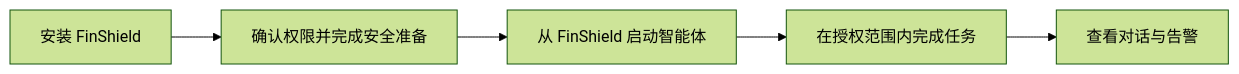
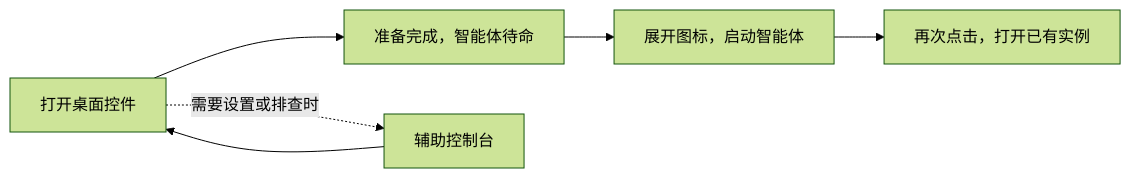
The diagram in docs/WINDOWS-GUIDE-zh.md (finogeeks/finsafe), drawn with Mermaid (forest theme) before and after one commit. The commit also changed other lines of this file and 18 other files, not shown here.

````diff
--- a/docs/WINDOWS-GUIDE-zh.md
+++ b/docs/WINDOWS-GUIDE-zh.md
@@ -66,7 +29,8 @@
 ```mermaid
 flowchart LR
-    A[安装 FinShield] --> B[确认权限并完成安全准备]
-    B --> C[从 FinShield 启动智能体]
-    C --> D[在授权范围内完成任务]
-    D --> E[查看对话与告警]
+    A[打开桌面控件] --> B[准备完成，智能体待命]
+    B --> C[展开图标，启动智能体]
+    C --> D[再次点击，打开已有实例]
+    A -.需要设置或排查时.-> E[辅助控制台]
+    E --> A
 ```
````
